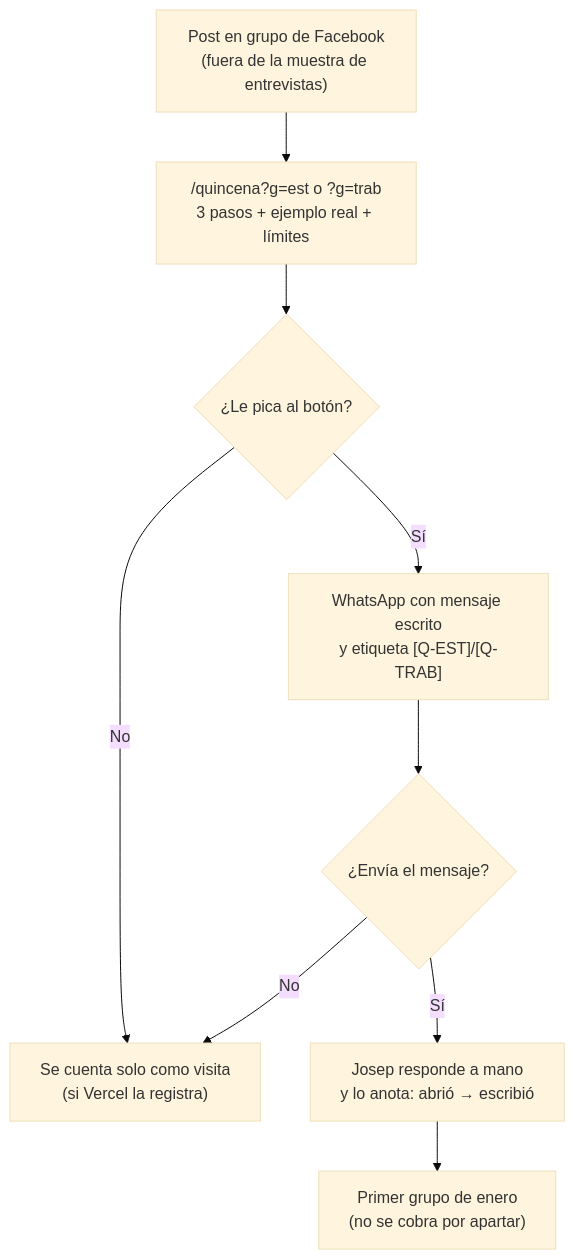
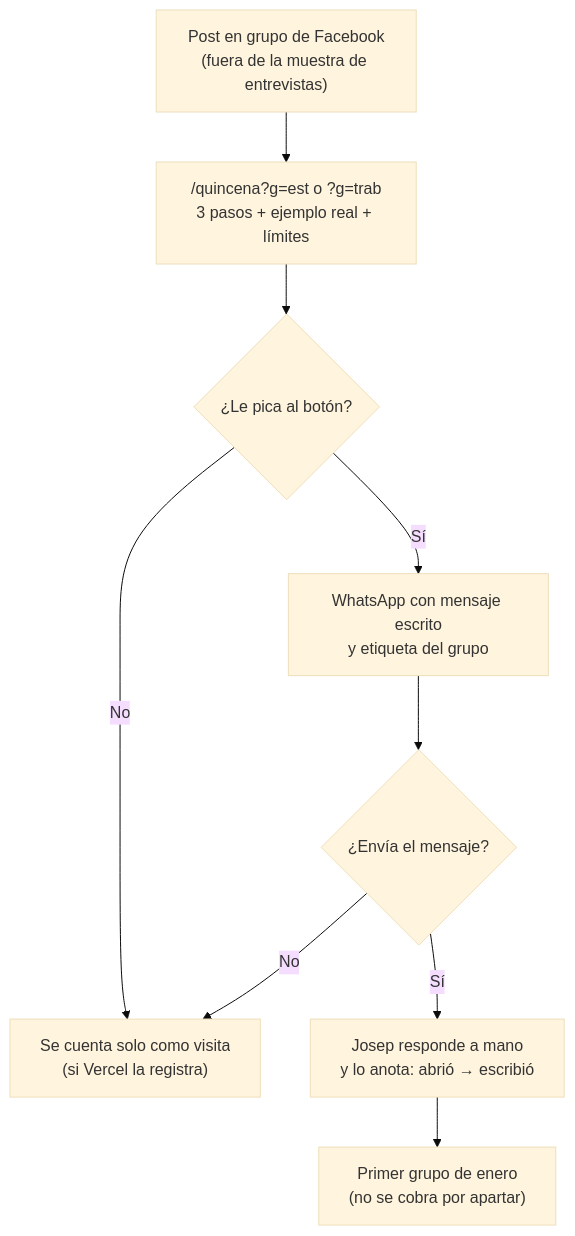
The first of 2 diagrams in docs/PACKET-semana-15.md (Josep-builds/menuya), drawn with Mermaid (base theme) before and after one commit. The commit also changed other lines of this file and 4 other files, not shown here.

First line of the commit message:
Semana 15: ronda 3 del persona test — etiqueta legible, 'Vivo en:', botón 'Anotarme'

````diff
--- a/docs/PACKET-semana-15.md
+++ b/docs/PACKET-semana-15.md
@@ -42,11 +42,11 @@
 ```mermaid
 flowchart TD
     A["Post en grupo de Facebook<br/>(fuera de la muestra de entrevistas)"] --> B["/quincena?g=est o ?g=trab<br/>3 pasos + ejemplo real + límites"]
     B --> C{"¿Le pica al botón?"}
     C -- No --> D["Se cuenta solo como visita<br/>(si Vercel la registra)"]
-    C -- Sí --> E["WhatsApp con mensaje escrito<br/>y etiqueta [Q-EST]/[Q-TRAB]"]
+    C -- Sí --> E["WhatsApp con mensaje escrito<br/>y etiqueta del grupo"]
     E --> F{"¿Envía el mensaje?"}
     F -- Sí --> G["Josep responde a mano<br/>y lo anota: abrió → escribió"]
     F -- No --> D
     G --> H["Primer grupo de enero<br/>(no se cobra por apartar)"]
 ```
````
